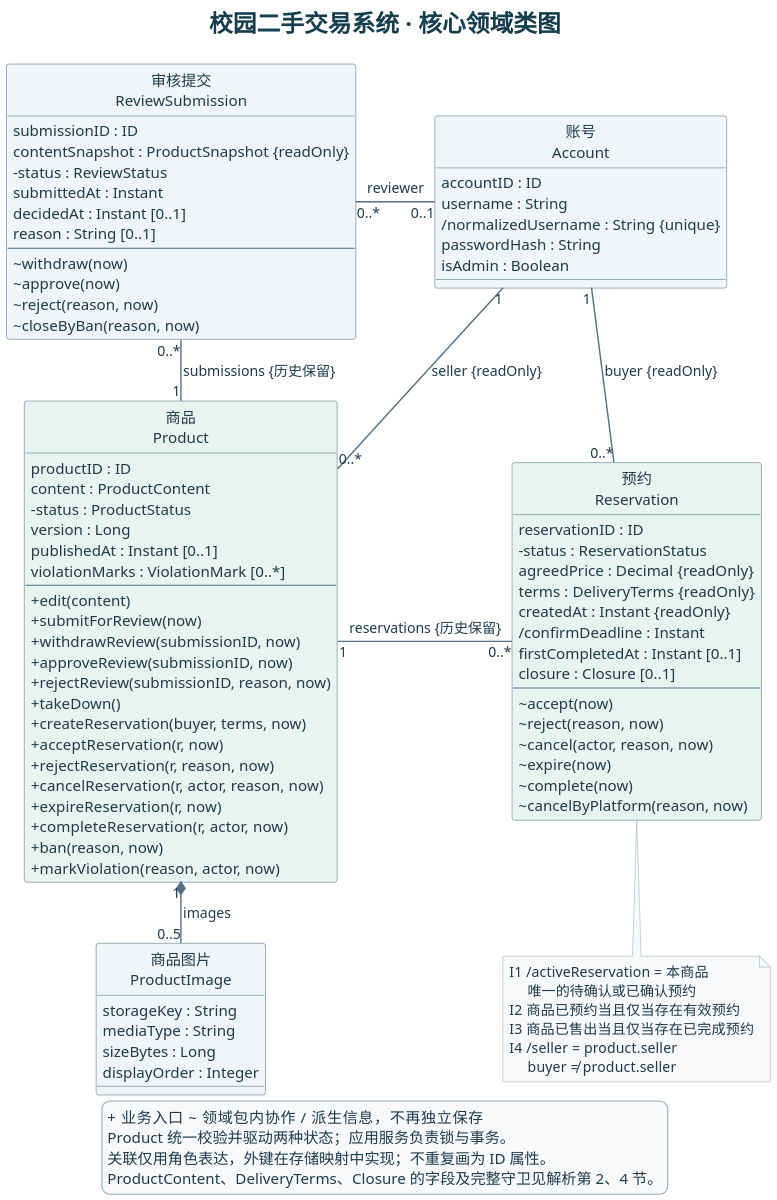
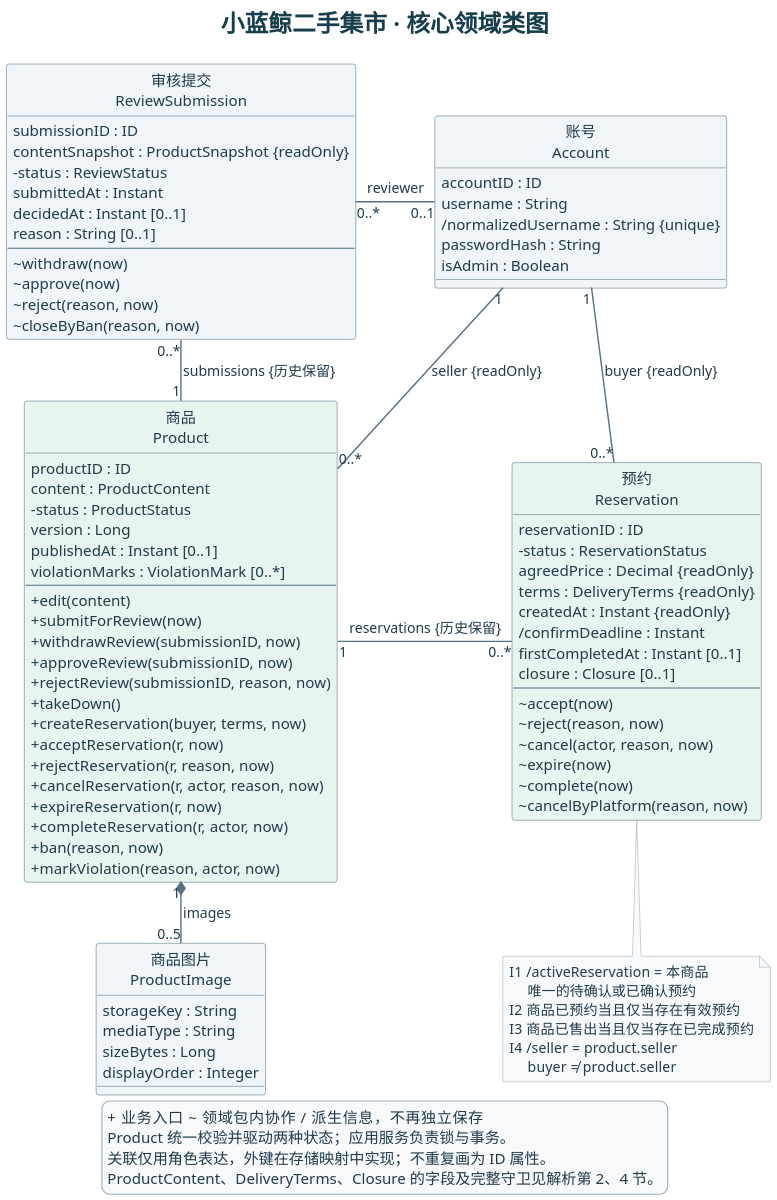
Before and after one commit to gggggg198/secondhand-trading-software: the diagram in 实验二/UML/UML类图.puml, drawn with PlantUML. The commit also changed 42 other files, not shown here.

```diff
--- a/实验二/UML/UML类图.puml
+++ b/实验二/UML/UML类图.puml
@@ -1,124 +1,124 @@
 @startuml
 
 skinparam dpi 170
 skinparam defaultFontName Microsoft YaHei
 skinparam defaultFontColor #213B4B
 skinparam titleFontColor #163E4C
 skinparam titleFontSize 22
 skinparam shadowing false
 skinparam ArrowColor #567083
 skinparam ArrowThickness 1.3
 skinparam nodesep 36
 skinparam ranksep 38
 skinparam noteBackgroundColor #F7F9FB
 skinparam noteBorderColor #99ABB8
 skinparam noteFontSize 13
 skinparam legendBackgroundColor #F7F9FB
 skinparam legendBorderColor #99ABB8
 
 !pragma layout smetana
 hide circle
 skinparam classAttributeIconSize 0
 skinparam classBackgroundColor #EFF5F8
 skinparam classBorderColor #507084
 skinparam classFontSize 17
 skinparam classAttributeFontSize 14
 skinparam classArrowFontSize 13
 
-title 校园二手交易系统 · 核心领域类图
+title 小蓝鲸二手集市 · 核心领域类图
 
 class "账号\nAccount" as Account {
   accountID : ID
   username : String
   /normalizedUsername : String {unique}
   passwordHash : String
   isAdmin : Boolean
 }
 
 class "商品\nProduct" as Product #E8F4EF {
   productID : ID
   content : ProductContent
   -status : ProductStatus
   version : Long
   publishedAt : Instant [0..1]
   violationMarks : ViolationMark [0..*]
   --
   +edit(content)
   +submitForReview(now)
   +withdrawReview(submissionID, now)
   +approveReview(submissionID, now)
   +rejectReview(submissionID, reason, now)
   +takeDown()
   +createReservation(buyer, terms, now)
   +acceptReservation(r, now)
   +rejectReservation(r, reason, now)
   +cancelReservation(r, actor, reason, now)
   +expireReservation(r, now)
   +completeReservation(r, actor, now)
   +ban(reason, now)
   +markViolation(reason, actor, now)
 }
 
 class "预约\nReservation" as Reservation #E8F4EF {
   reservationID : ID
   -status : ReservationStatus
   agreedPrice : Decimal {readOnly}
   terms : DeliveryTerms {readOnly}
   createdAt : Instant {readOnly}
   /confirmDeadline : Instant
   firstCompletedAt : Instant [0..1]
   closure : Closure [0..1]
   --
   ~accept(now)
   ~reject(reason, now)
   ~cancel(actor, reason, now)
   ~expire(now)
   ~complete(now)
   ~cancelByPlatform(reason, now)
 }
 
 class "审核提交\nReviewSubmission" as ReviewSubmission {
   submissionID : ID
   contentSnapshot : ProductSnapshot {readOnly}
   -status : ReviewStatus
   submittedAt : Instant
   decidedAt : Instant [0..1]
   reason : String [0..1]
   --
   ~withdraw(now)
   ~approve(now)
   ~reject(reason, now)
   ~closeByBan(reason, now)
 }
 
 class "商品图片\nProductImage" as ProductImage {
   storageKey : String
   mediaType : String
   sizeBytes : Long
   displayOrder : Integer
 }
 
 ReviewSubmission "0..*" -right- "0..1" Account : reviewer
 Account "1" -down- "0..*" Product : seller {readOnly}
 Account "1" -down- "0..*" Reservation : buyer {readOnly}
 Product "1" -right- "0..*" Reservation : reservations {历史保留}
 ReviewSubmission "0..*" -down- "1" Product : submissions {历史保留}
 Product "1" *-down- "0..5" ProductImage : images
 
 note bottom of Reservation
   I1  /activeReservation = 本商品
        唯一的待确认或已确认预约
   I2  商品已预约当且仅当存在有效预约
   I3  商品已售出当且仅当存在已完成预约
   I4  /seller = product.seller
        buyer ≠ product.seller
 end note
 
 legend bottom
   + 业务入口   ~ 领域包内协作   / 派生信息，不再独立保存
   Product 统一校验并驱动两种状态；应用服务负责锁与事务。
   关联仅用角色表达，外键在存储映射中实现；不重复画为 ID 属性。
   ProductContent、DeliveryTerms、Closure 的字段及完整守卫见解析第 2、4 节。
 endlegend
 
 @enduml
```
